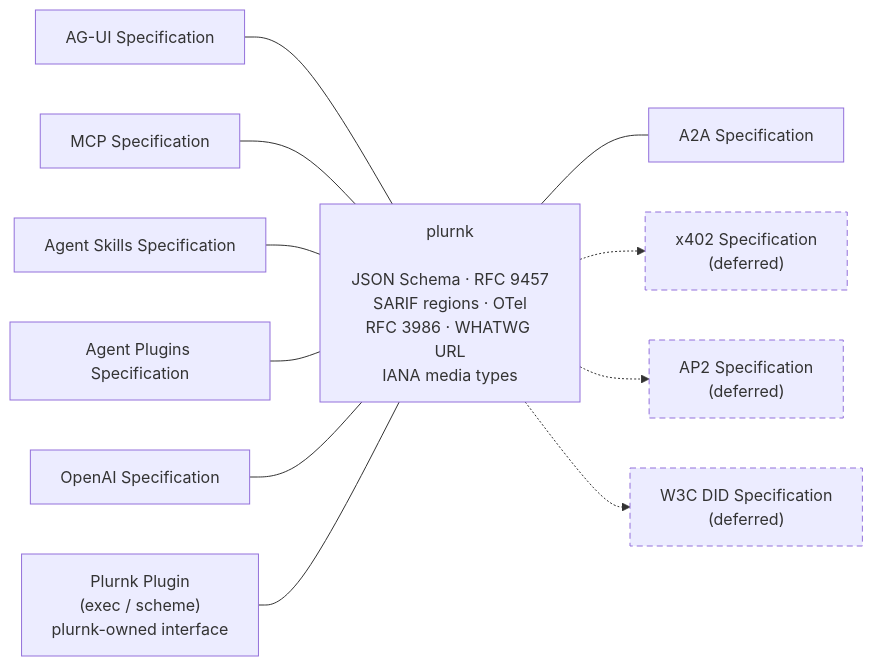
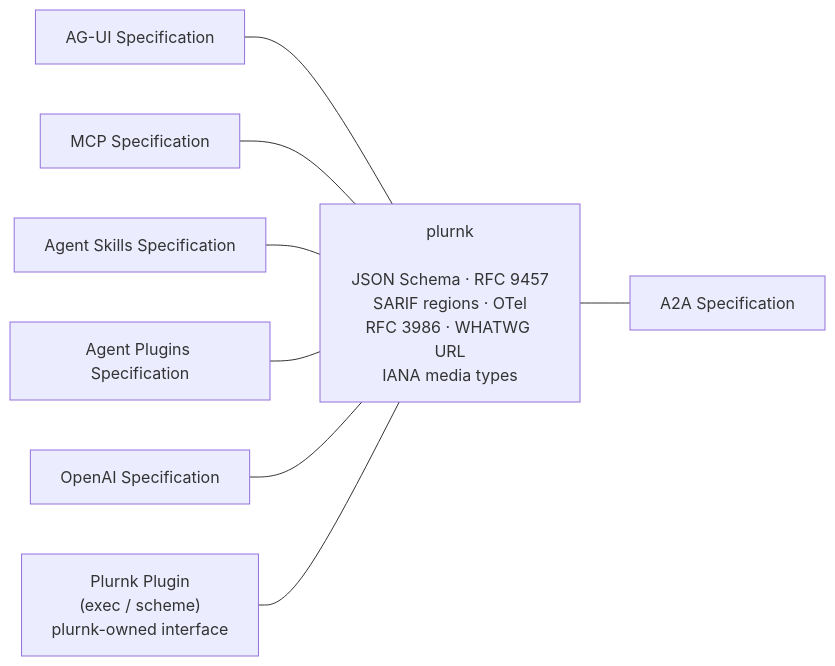
One commit to plurnk/plurnk-service changed the first of 4 diagrams in ARCHITECTURE.md. Above: the diagram before and after it, drawn with Mermaid. The commit also changed other lines of this file and 1 other file, not shown here.

Commit message:
docs(architecture): drop the deferred DID, x402, and AP2 interfaces (#922)

````diff
--- a/ARCHITECTURE.md
+++ b/ARCHITECTURE.md
@@ -15,17 +14,11 @@
 ```mermaid
 flowchart LR
     AGUI["AG-UI Specification"] --- PLURNK["plurnk<br/><br/>JSON Schema · RFC 9457<br/>SARIF regions · OTel<br/>RFC 3986 · WHATWG URL<br/>IANA media types"]
     MCP["MCP Specification"] --- PLURNK
     SKILLS["Agent Skills Specification"] --- PLURNK
     PLUGINS["Agent Plugins Specification"] --- PLURNK
     OPENAI["OpenAI Specification"] --- PLURNK
     PLUGIN["Plurnk Plugin<br/>(exec / scheme)<br/>plurnk-owned interface"] --- PLURNK
 
     PLURNK --- A2A["A2A Specification"]
-    PLURNK -.-> X402["x402 Specification<br/>(deferred)"]
-    PLURNK -.-> AP2["AP2 Specification<br/>(deferred)"]
-    PLURNK -.-> DID["W3C DID Specification<br/>(deferred)"]
-
-    classDef deferred stroke-dasharray: 6 4;
-    class X402,AP2,DID deferred;
 ```
````
